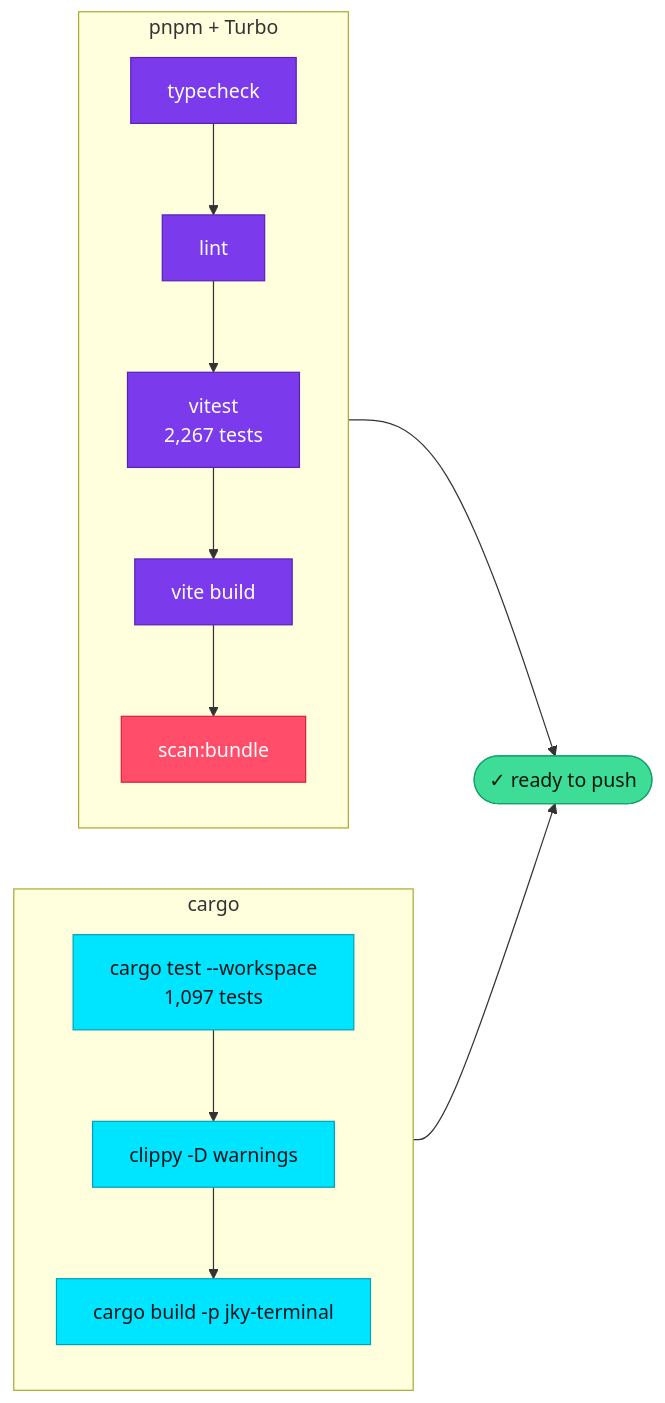
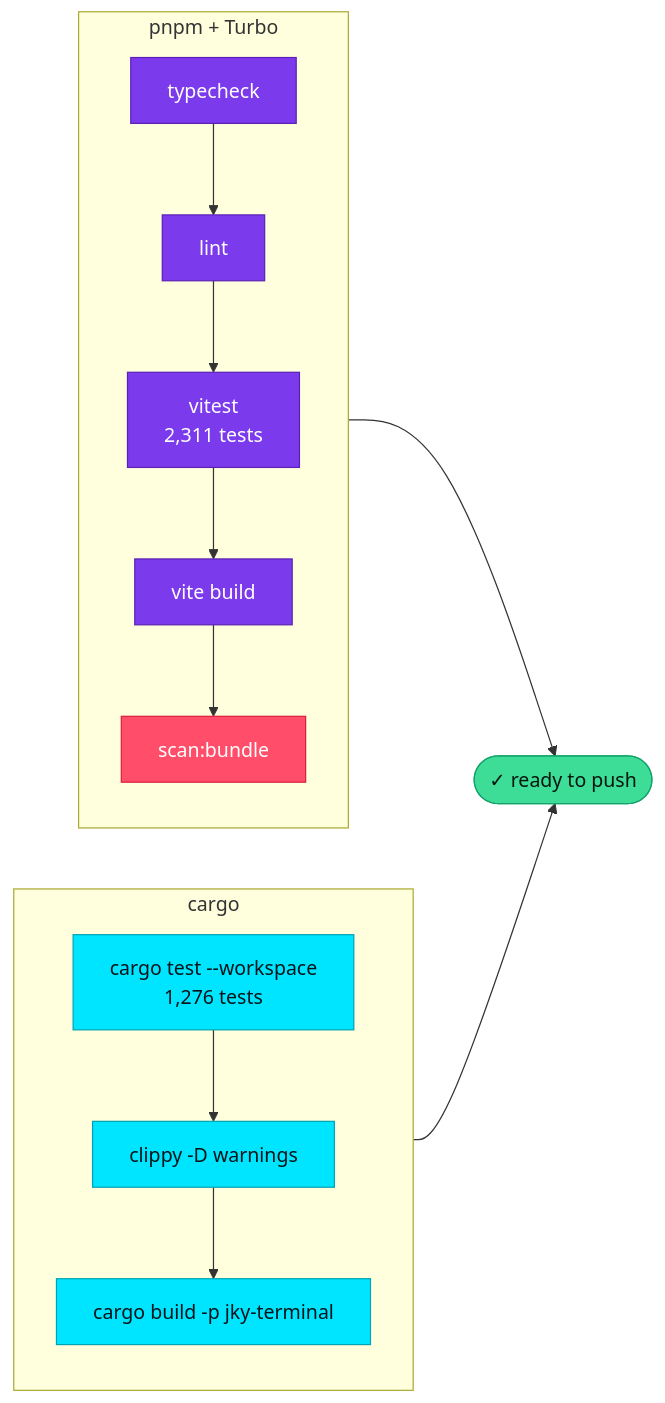
Before and after one commit to kartikeyajay2006/jky-terminal: the fifth of 5 diagrams in docs/architecture.md, drawn with Mermaid. The commit also changed 5 other files, not shown here.

````diff
--- a/docs/architecture.md
+++ b/docs/architecture.md
@@ -271,16 +271,16 @@
 ```mermaid
 flowchart LR
     subgraph JS["pnpm + Turbo"]
-        T1[typecheck]:::violet --> T2[lint]:::violet --> T3[vitest<br/>2,267 tests]:::violet --> T4[vite build]:::violet --> T5[scan:bundle]:::red
+        T1[typecheck]:::violet --> T2[lint]:::violet --> T3[vitest<br/>2,311 tests]:::violet --> T4[vite build]:::violet --> T5[scan:bundle]:::red
     end
     subgraph RS["cargo"]
-        R1[cargo test --workspace<br/>1,097 tests]:::cyan --> R2[clippy -D warnings]:::cyan --> R3[cargo build -p jky-terminal]:::cyan
+        R1[cargo test --workspace<br/>1,276 tests]:::cyan --> R2[clippy -D warnings]:::cyan --> R3[cargo build -p jky-terminal]:::cyan
     end
     JS --> OK([✓ ready to push]):::mint
     RS --> OK
 
     classDef cyan fill:#00e5ff,stroke:#00a3b5,color:#06141a
     classDef violet fill:#7c3aed,stroke:#5b21b6,color:#ffffff
     classDef mint fill:#3ddc97,stroke:#15a36b,color:#04170f
     classDef red fill:#ff4d6a,stroke:#d91f3d,color:#ffffff
 ```
````
